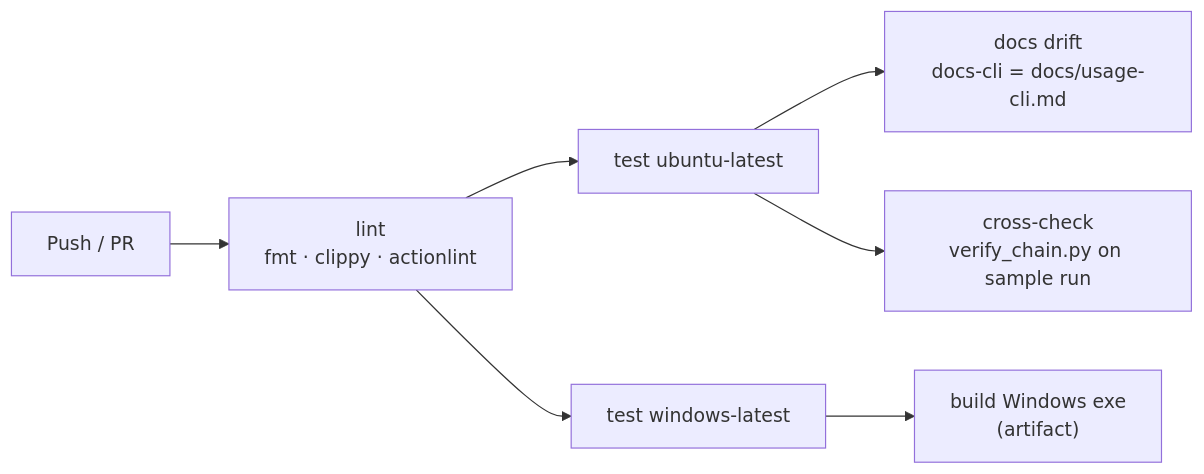
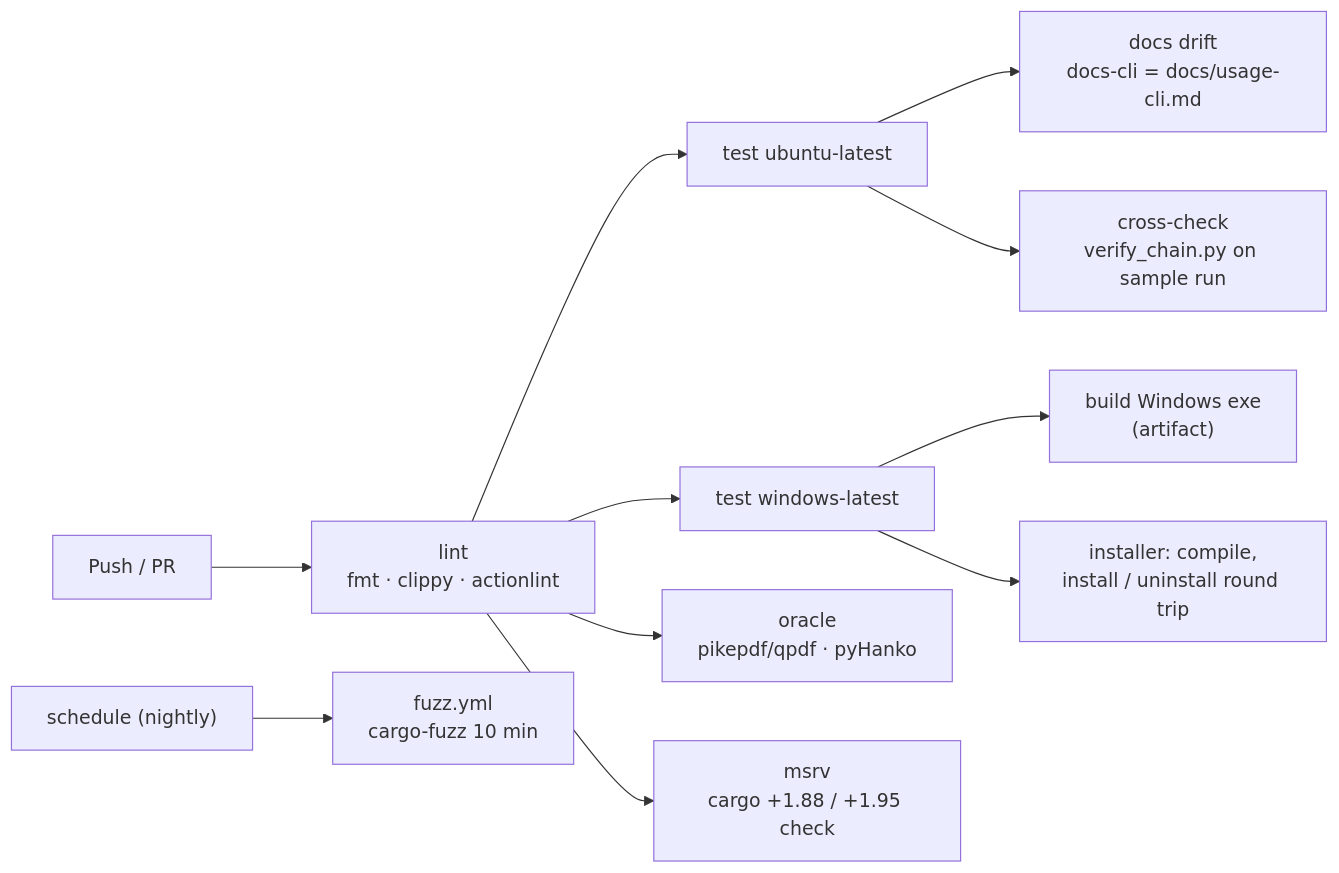
Before and after one commit to Panacota96/rv-pdfauth: the second of 3 diagrams in docs/development.md, drawn with Mermaid. The commit also changed other lines of this file and 6 other files, not shown here.

First line of the commit message:
ci: run the PDF oracles on every push and cargo-fuzz nightly

````diff
--- a/docs/development.md
+++ b/docs/development.md
@@ -64,9 +66,13 @@
 ```mermaid
 flowchart LR
     PR["Push / PR"] --> L["lint<br/>fmt · clippy · actionlint"]
     L --> T1["test ubuntu-latest"]
     L --> T2["test windows-latest"]
+    L --> O["oracle<br/>pikepdf/qpdf · pyHanko"]
+    L --> M["msrv<br/>cargo +1.88 / +1.95 check"]
     T1 --> D["docs drift<br/>docs-cli = docs/usage-cli.md"]
     T1 --> X["cross-check<br/>verify_chain.py on sample run"]
     T2 --> B["build Windows exe<br/>(artifact)"]
+    T2 --> I["installer: compile,<br/>install / uninstall round trip"]
+    N["schedule (nightly)"] --> F["fuzz.yml<br/>cargo-fuzz 10 min"]
 ```
````
